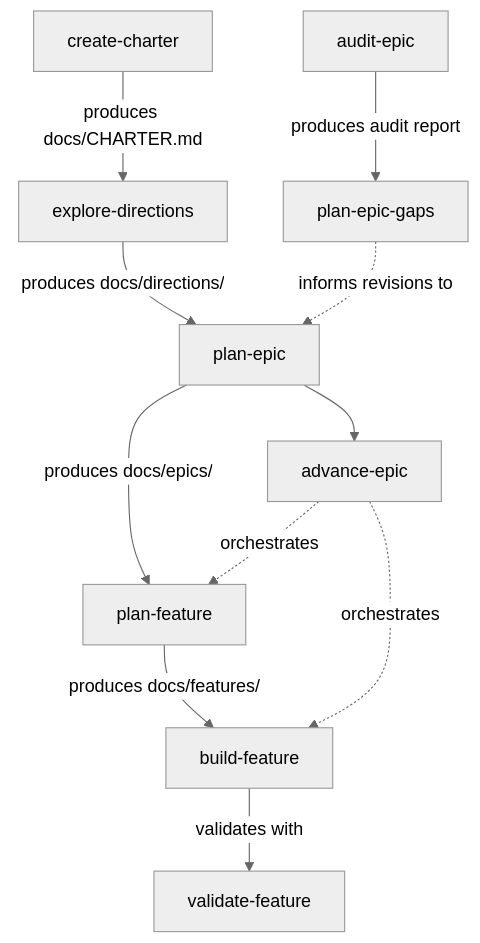
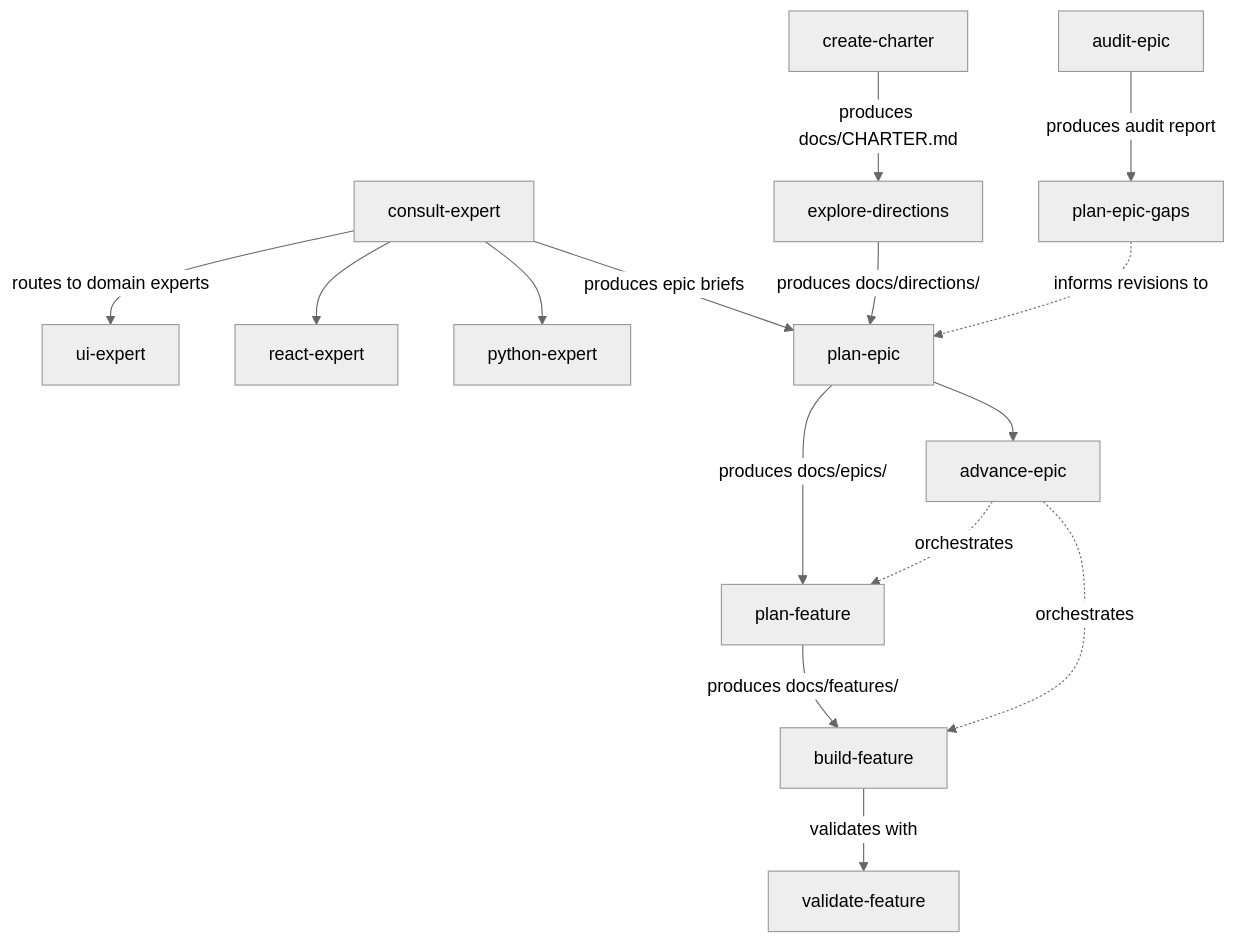
One commit to pnewsam/skills changed the first of 11 diagrams in README.md. Above: the diagram before and after it, drawn with Mermaid (neutral theme). The commit also changed other lines of this file and 1 other file, not shown here.

Commit message:
Add consult-expert

````diff
--- a/README.md
+++ b/README.md
@@ -13,13 +13,17 @@
 ```mermaid
 flowchart TD
+    CE[consult-expert] -->|routes to domain experts| UE[ui-expert]
+    CE --> RE[react-expert]
+    CE --> PY[python-expert]
+    CE -->|produces epic briefs| PE
     CC[create-charter] -->|produces docs/CHARTER.md| ED[explore-directions]
     ED -->|produces docs/directions/| PE[plan-epic]
     PE -->|produces docs/epics/| PF[plan-feature]
     PF -->|produces docs/features/| BF[build-feature]
     BF -->|validates with| VF[validate-feature]
     PE --> AE[advance-epic]
     AE -.->|orchestrates| PF
     AE -.->|orchestrates| BF
     AE2[audit-epic] -->|produces audit report| PEG[plan-epic-gaps]
     PEG -.->|informs revisions to| PE
 ```
````
